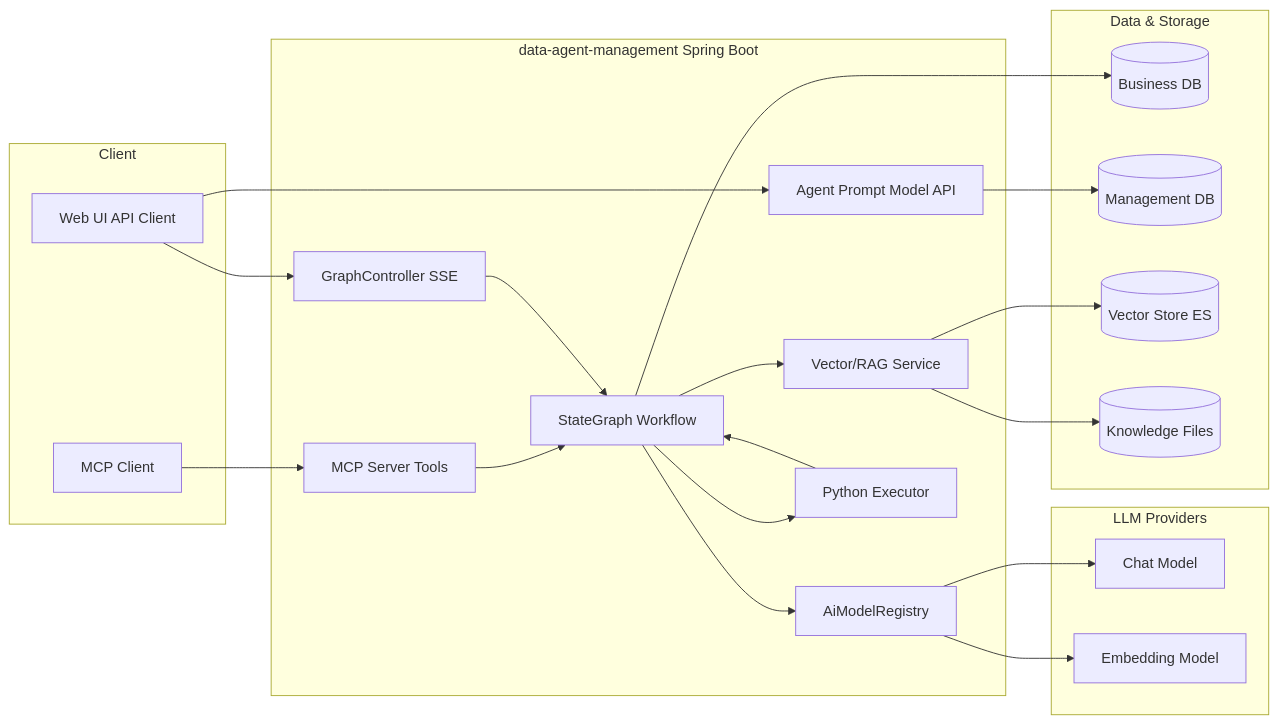
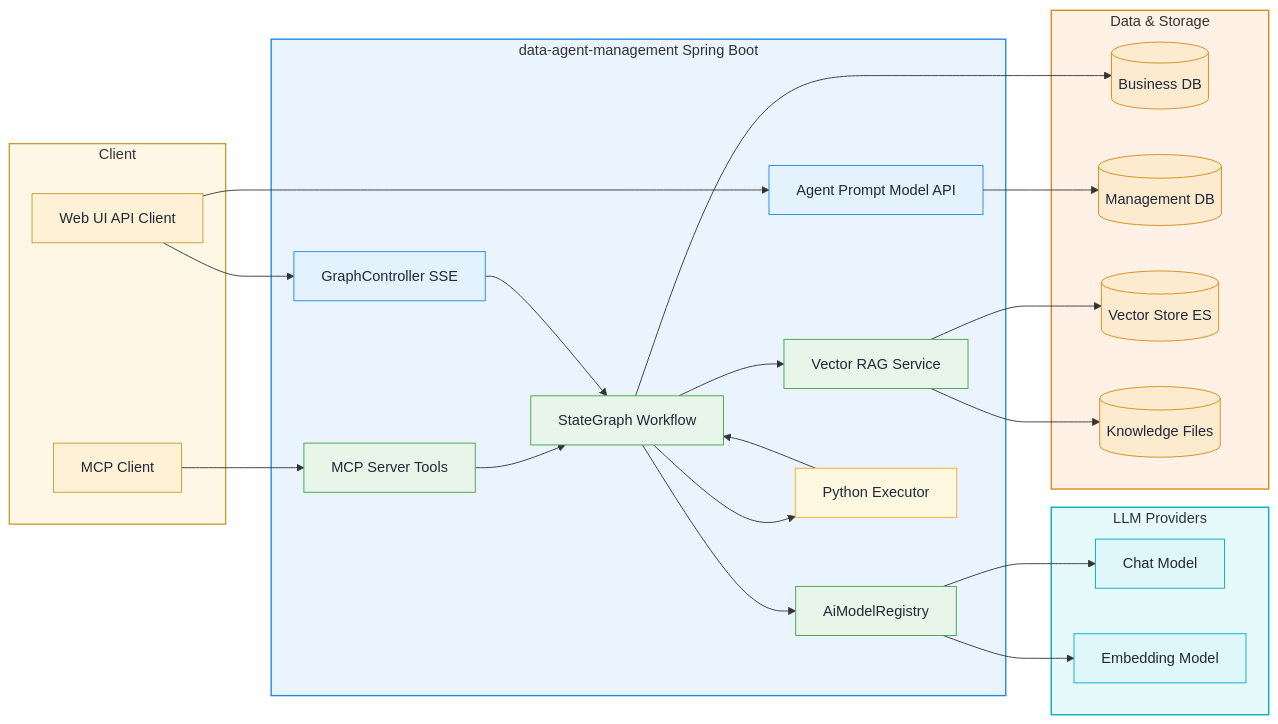
The first of 18 diagrams in README.md (spring-ai-alibaba/DataAgent), drawn with Mermaid before and after one commit. The commit also changed other lines of this file, not shown here.

Commit message:
refactor: update README with improved diagram formatting and class definitions for better clarity

````diff
--- a/README.md
+++ b/README.md
@@ -17,47 +17,66 @@
 ```mermaid
 flowchart LR
   subgraph Client[Client]
     Web[Web UI API Client]
     MCPClient[MCP Client]
   end
 
   subgraph Management[data-agent-management Spring Boot]
     GraphAPI[GraphController SSE]
     GraphEngine[StateGraph Workflow]
     MgmtAPI[Agent Prompt Model API]
     ModelRegistry[AiModelRegistry]
-    VectorSvc[Vector/RAG Service]
+    VectorSvc[Vector RAG Service]
     CodeExec[Python Executor]
     MCPServer[MCP Server Tools]
   end
 
   subgraph Data[Data & Storage]
     BizDB[(Business DB)]
     MetaDB[(Management DB)]
     VectorDB[(Vector Store ES)]
     Files[(Knowledge Files)]
   end
 
   subgraph LLMs[LLM Providers]
     ChatLLM[Chat Model]
     EmbeddingLLM[Embedding Model]
   end
 
   Web --> GraphAPI
   Web --> MgmtAPI
   MCPClient --> MCPServer
   MCPServer --> GraphEngine
 
   GraphAPI --> GraphEngine
   GraphEngine --> BizDB
   GraphEngine --> VectorSvc
   VectorSvc --> VectorDB
   VectorSvc --> Files
   GraphEngine --> CodeExec
   CodeExec --> GraphEngine
 
   MgmtAPI --> MetaDB
   GraphEngine --> ModelRegistry
   ModelRegistry --> ChatLLM
   ModelRegistry --> EmbeddingLLM
+
+  classDef client fill:#FFF1D6,stroke:#C79D2B,stroke-width:1px,color:#1F2937;
+  classDef api fill:#E3F2FD,stroke:#1E88E5,stroke-width:1px,color:#1F2937;
+  classDef service fill:#E8F5E9,stroke:#43A047,stroke-width:1px,color:#1F2937;
+  classDef data fill:#FDEBD0,stroke:#D68910,stroke-width:1px,color:#1F2937;
+  classDef llm fill:#E0F7FA,stroke:#00ACC1,stroke-width:1px,color:#1F2937;
+  classDef exec fill:#FFF8E1,stroke:#F9A825,stroke-width:1px,color:#1F2937;
+
+  class Web,MCPClient client
+  class GraphAPI,MgmtAPI api
+  class GraphEngine,ModelRegistry,VectorSvc,MCPServer service
+  class CodeExec exec
+  class BizDB,MetaDB,VectorDB,Files data
+  class ChatLLM,EmbeddingLLM llm
+
+  style Client fill:#FFF7E6,stroke:#C79D2B,stroke-width:1.5px
+  style Management fill:#EAF4FF,stroke:#1E88E5,stroke-width:1.5px
+  style Data fill:#FFF1E6,stroke:#D68910,stroke-width:1.5px
+  style LLMs fill:#E6FAFB,stroke:#00ACC1,stroke-width:1.5px
 ```
````
